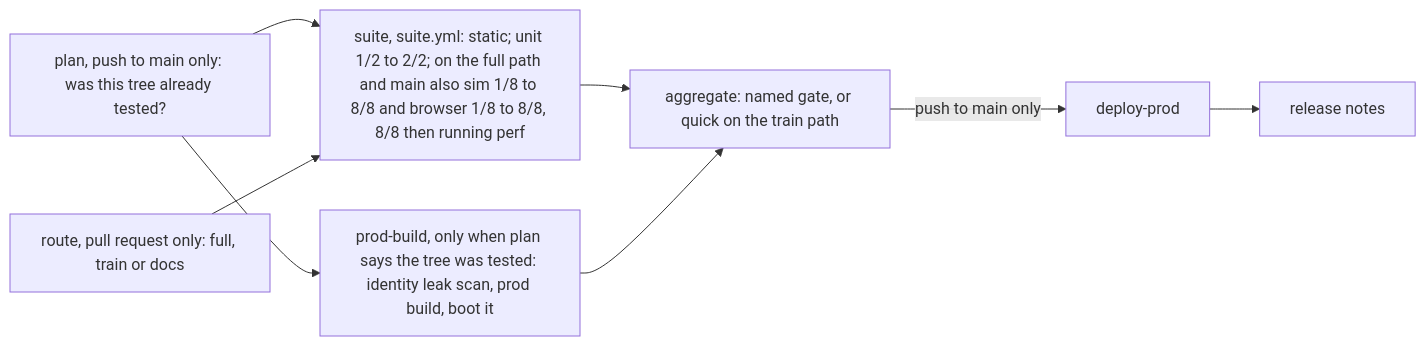
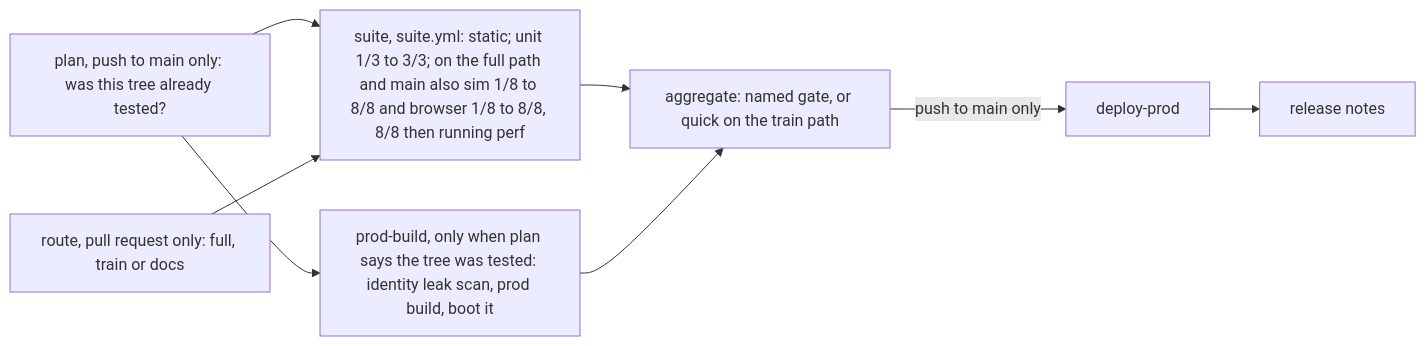
Before and after one commit to joshuasundance-swca/throttlebrawl: the diagram in docs/engineering.md, drawn with Mermaid. The commit also changed other lines of this file and 16 other files, not shown here.

````diff
--- a/docs/engineering.md
+++ b/docs/engineering.md
@@ -285,9 +285,9 @@
 ```mermaid
 flowchart LR
   P[plan, push to main only: was this tree already tested?] --> SU & B
   RT[route, pull request only: full, train or docs] --> SU
-  SU[suite, suite.yml: static; unit 1/2 to 2/2; on the full path and main also sim 1/8 to 8/8 and browser 1/8 to 8/8, 8/8 then running perf] --> G
+  SU[suite, suite.yml: static; unit 1/3 to 3/3; on the full path and main also sim 1/8 to 8/8 and browser 1/8 to 8/8, 8/8 then running perf] --> G
   B[prod-build, only when plan says the tree was tested: identity leak scan, prod build, boot it] --> G
   G[aggregate: named gate, or quick on the train path] -->|push to main only| D[deploy-prod]
   D --> R[release notes]
 ```
````
